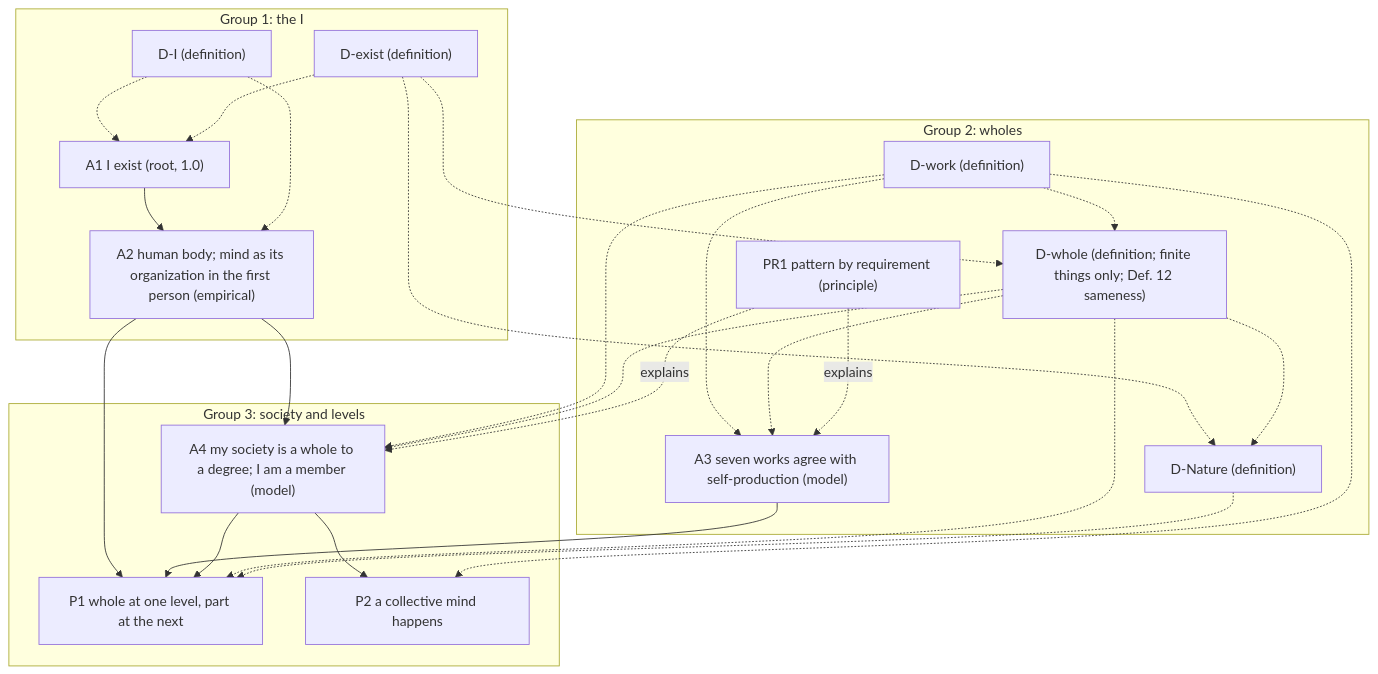
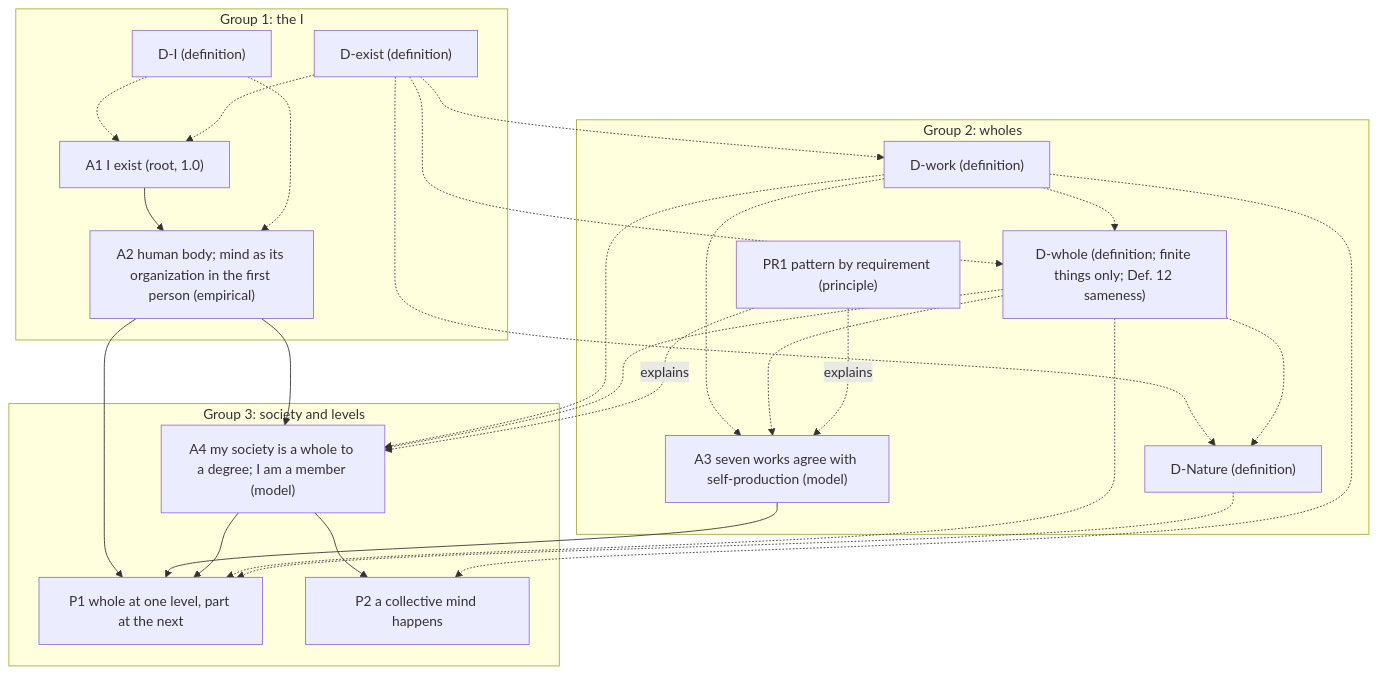
One commit to neuresthetics/freedom_of_necessity changed the diagram in candidates/core_v2/README.md. Above: the diagram before and after it, drawn with Mermaid. The commit also changed other lines of this file and 15 other files, not shown here.

````diff
--- a/candidates/core_v2/README.md
+++ b/candidates/core_v2/README.md
@@ -49,45 +49,46 @@
 ```mermaid
 graph TD
   subgraph G1["Group 1: the I"]
     DI["D-I (definition)"]
     DE["D-exist (definition)"]
     A1["A1 I exist (root, 1.0)"]
     A2["A2 human body; mind as its organization in the first person (empirical)"]
   end
   subgraph G2["Group 2: wholes"]
     DW["D-work (definition)"]
     DH["D-whole (definition; finite things only; Def. 12 sameness)"]
     DN["D-Nature (definition)"]
     A3["A3 seven works agree with self-production (model)"]
     PR1["PR1 pattern by requirement (principle)"]
   end
   subgraph G3["Group 3: society and levels"]
     A4["A4 my society is a whole to a degree; I am a member (model)"]
     P1["P1 whole at one level, part at the next"]
     P2["P2 a collective mind happens"]
   end
 
   A1 --> A2
   A2 --> A4
   A2 --> P1
   A3 --> P1
   A4 --> P1
   A4 --> P2
 
   DI -.-> A1
   DE -.-> A1
   DI -.-> A2
+  DE -.-> DW
   DE -.-> DH
   DW -.-> DH
   DE -.-> DN
   DH -.-> DN
   DW -.-> A3
   DH -.-> A3
   DW -.-> A4
   DH -.-> A4
   DH -.-> P1
   DN -.-> P1
   DW -.-> P2
   PR1 -. explains .-> A3
   PR1 -. explains .-> A4
 ```
````
